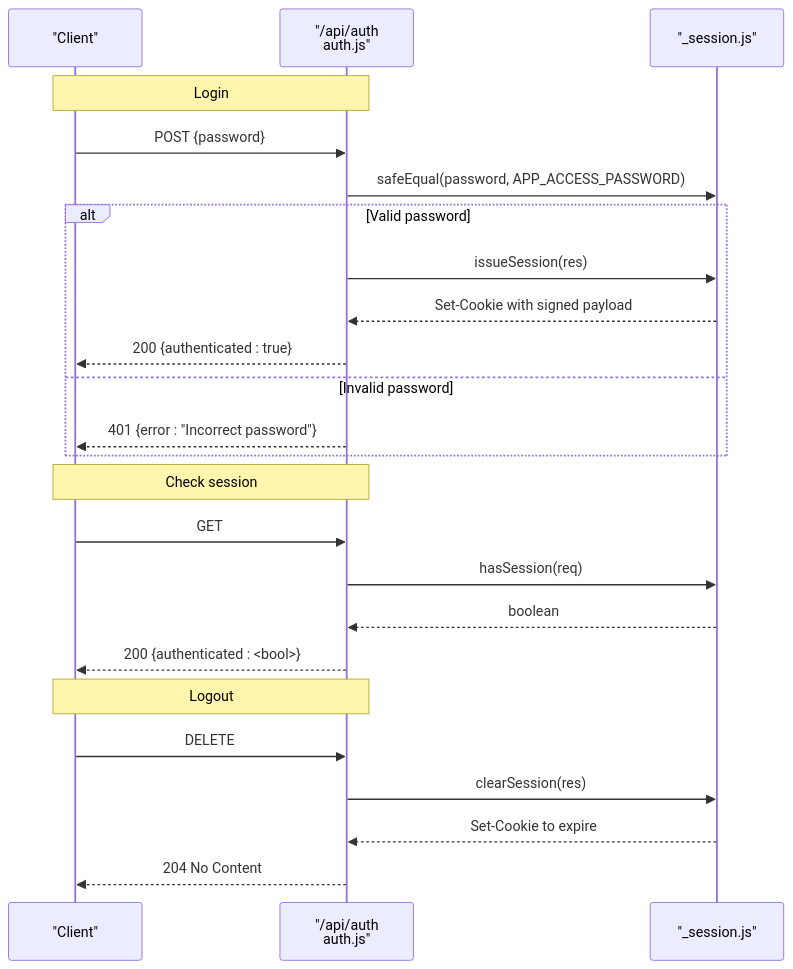
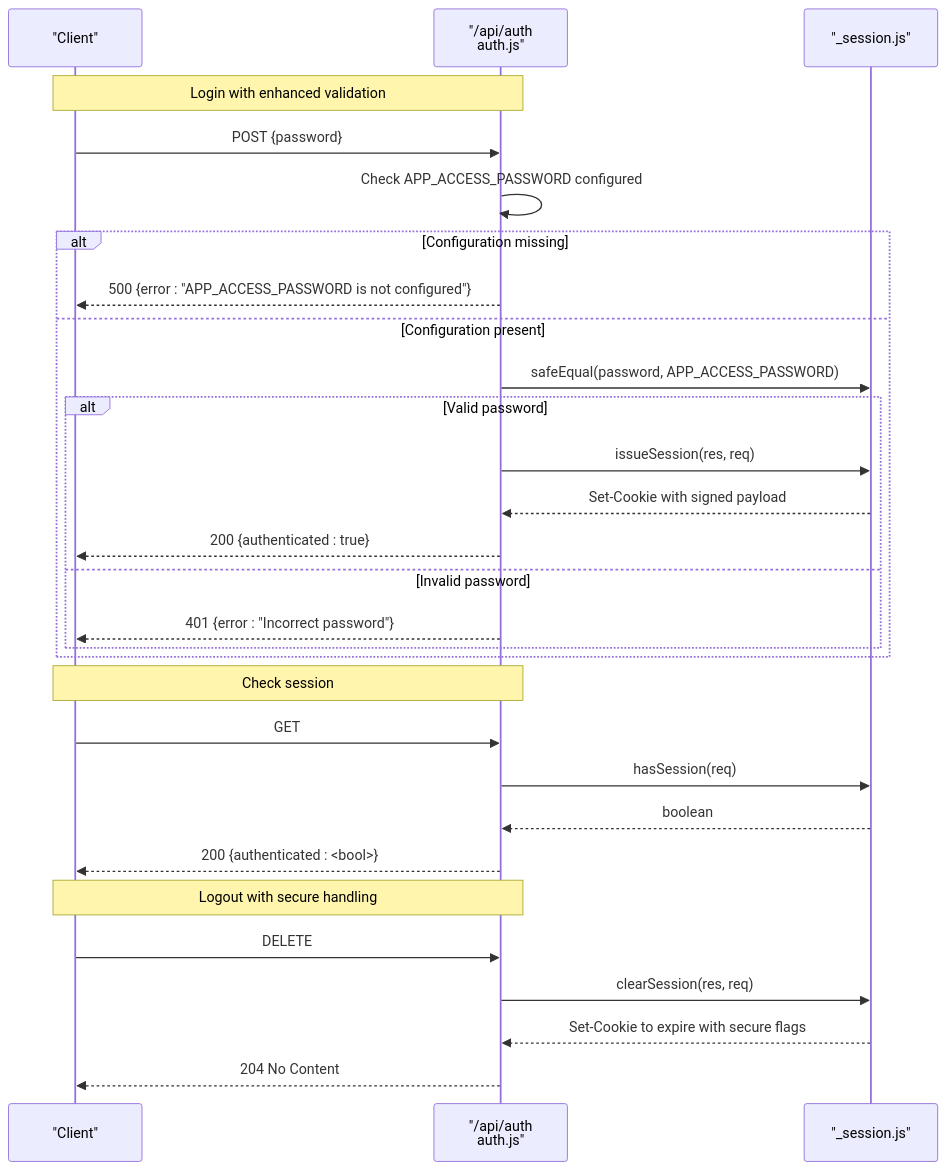
The second of 4 diagrams in .qoder/repowiki/en/content/Backend Services/Authentication System.md (iamrituraj/DSA-Tracker), drawn with Mermaid before and after one commit. The commit also changed other lines of this file and 42 other files, not shown here.

````diff
--- a/.qoder/repowiki/en/content/Backend Services/Authentication System.md
+++ b/.qoder/repowiki/en/content/Backend Services/Authentication System.md
@@ -79,26 +86,31 @@
 ```mermaid
 sequenceDiagram
 participant C as "Client"
 participant A as "/api/auth<br/>auth.js"
 participant S as "_session.js"
-Note over C,A : Login
+Note over C,A : Login with enhanced validation
 C->>A : POST {password}
+A->>A : Check APP_ACCESS_PASSWORD configured
+alt Configuration missing
+A-->>C : 500 {error : "APP_ACCESS_PASSWORD is not configured"}
+else Configuration present
 A->>S : safeEqual(password, APP_ACCESS_PASSWORD)
 alt Valid password
-A->>S : issueSession(res)
+A->>S : issueSession(res, req)
 S-->>A : Set-Cookie with signed payload
 A-->>C : 200 {authenticated : true}
 else Invalid password
 A-->>C : 401 {error : "Incorrect password"}
+end
 end
 Note over C,A : Check session
 C->>A : GET
 A->>S : hasSession(req)
 S-->>A : boolean
 A-->>C : 200 {authenticated : <bool>}
-Note over C,A : Logout
+Note over C,A : Logout with secure handling
 C->>A : DELETE
-A->>S : clearSession(res)
-S-->>A : Set-Cookie to expire
+A->>S : clearSession(res, req)
+S-->>A : Set-Cookie to expire with secure flags
 A-->>C : 204 No Content
 ```
````
